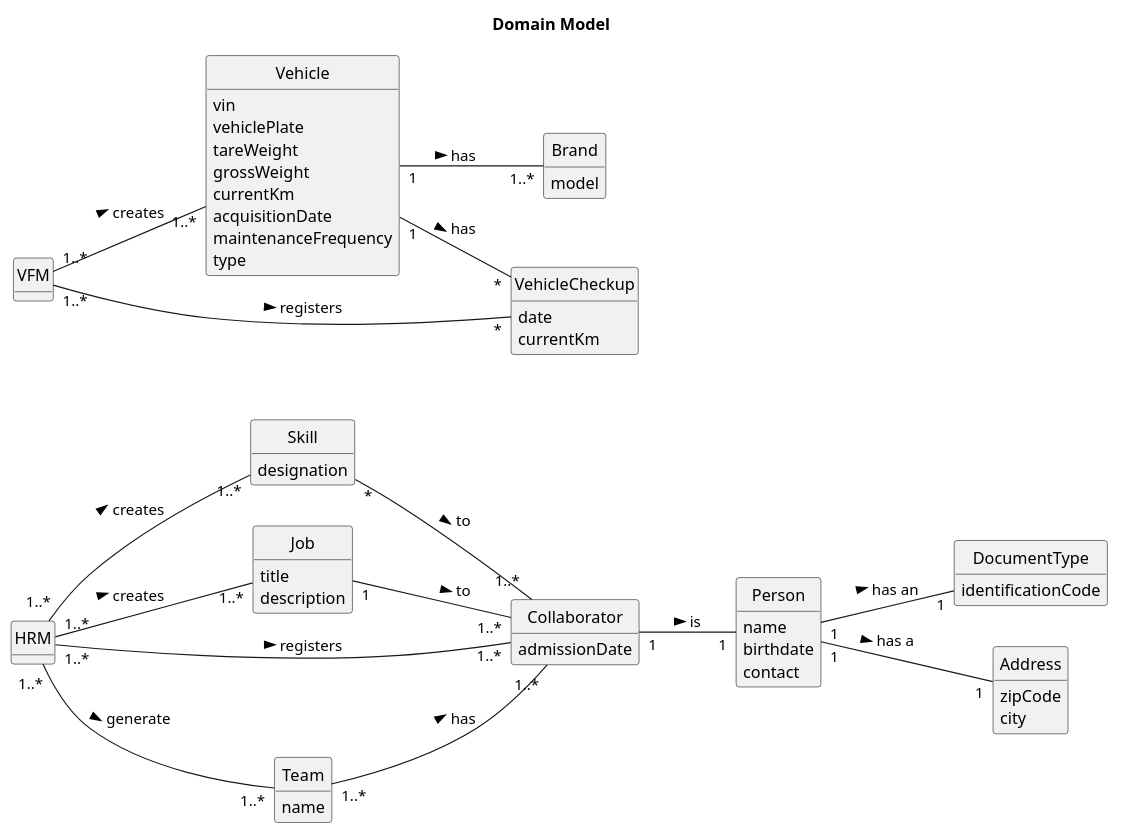
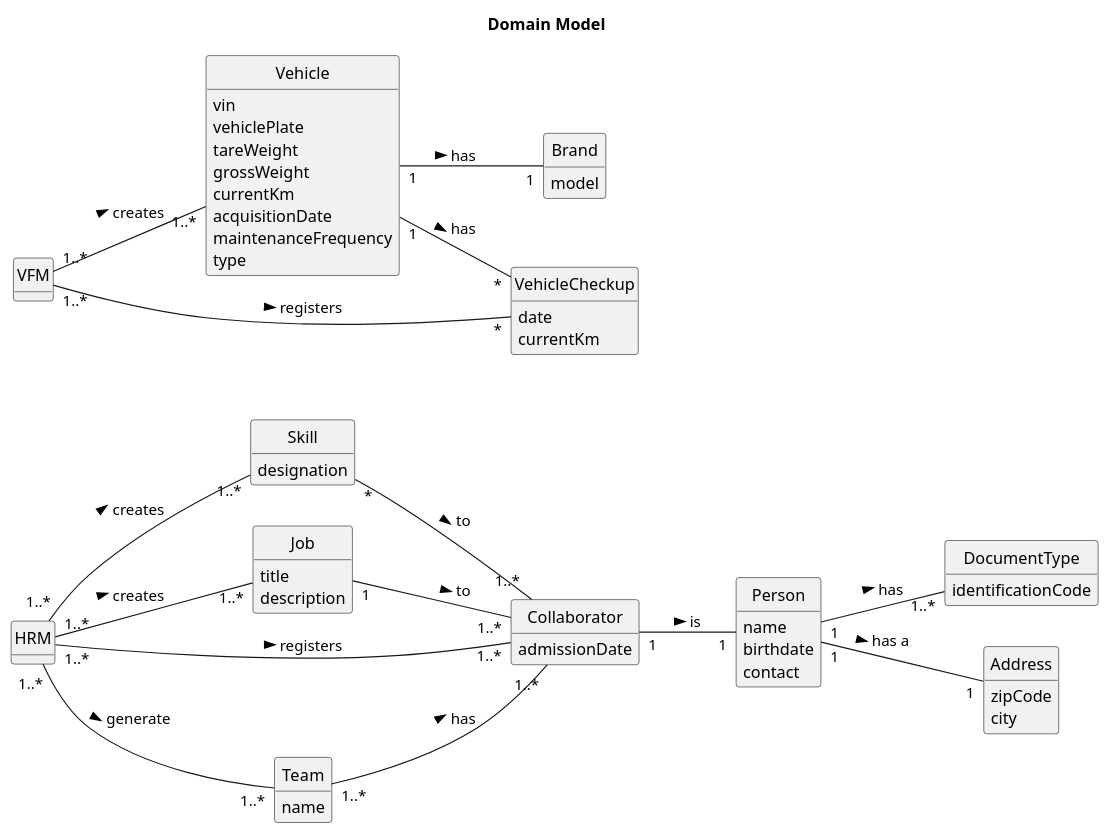
Before and after one commit to ricardomm7/leaflink: the diagram in docs/sprintB/global-artifacts/02.analysis/puml/project-domain-model.puml, drawn with PlantUML. The commit also changed 59 other files, not shown here.

```diff
--- a/docs/sprintB/global-artifacts/02.analysis/puml/project-domain-model.puml
+++ b/docs/sprintB/global-artifacts/02.analysis/puml/project-domain-model.puml
@@ -1,98 +1,98 @@
 @startuml
 skinparam monochrome true
 skinparam packageStyle rectangle
 skinparam shadowing false
 skinparam classAttributeIconSize 0
 hide circle
 hide methods
 left to right direction
 
 title Domain Model
 
 class HRM {
 }
 
 class VFM{
 }
 
 class Skill {
     designation
 }
 
 class Job {
     title
     description
 }
 
 class Collaborator {
     admissionDate
 }
 
 class DocumentType{
     identificationCode
 }
 
 
 class Team {
     name
 }
 
 class Vehicle {
     vin
     vehiclePlate
     tareWeight
     grossWeight
     currentKm
     acquisitionDate
     maintenanceFrequency
     type
 }
 
 class Brand{
     model
 }
 
 class VehicleCheckup{
     date
     currentKm
 }
 
 class Person {
     name
     birthdate
     contact
 }
 
 class Address{
     zipCode
     city
 }
 
-Vehicle "1" -- "1..*" Brand : has >
+Vehicle "1" -- "1" Brand : has >
 
 HRM "1..*" -- "1..*" Skill : creates >
 
 HRM "1..*" -- "1..*" Job : creates >
 
 Collaborator  "1" -- "1"  Person : is >
-Person "1" -- "1" DocumentType : has an >
+Person "1" -- "1..*" DocumentType : has >
 HRM "1..*" -- "1..*" Collaborator : registers >
 'HRM -- "1" Job : assigns >
 Job "1" -- "1..*" Collaborator : to >
 
 'HRM "1" -- "1..*" Skill : assigns >
 Skill "*" -- "1..*" Collaborator : to >
 
 HRM "1..*" -- "1..*" Team: generate   >
 Team "1..*" -- "1..*" Collaborator : has >
 
 VFM "1..*" -- "1..*" Vehicle : creates  >
 
 VFM "1..*" -- "*" VehicleCheckup : registers >
 
 Vehicle "1" -- "*" VehicleCheckup : has >
 
 
 Person "1" -- "1" Address : has a >
 
 @enduml
```
